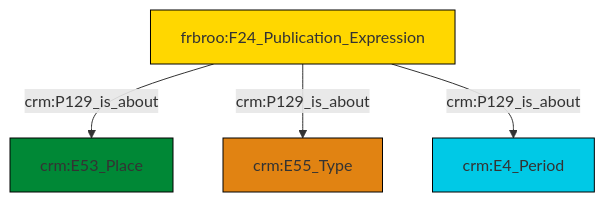
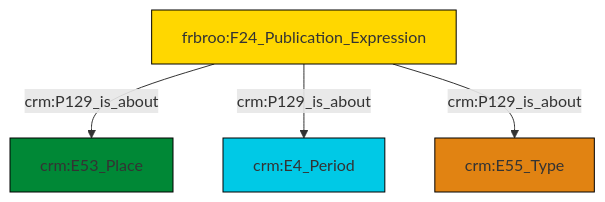
The diagram in et/biblioCSV/ttl/mmd/biblio_aboutness.ttl.mmd (swiss-art-research-net/docs.swissartresearch), drawn with Mermaid before and after one commit. The commit also changed 177 other files, not shown here.

```diff
--- a/et/biblioCSV/ttl/mmd/biblio_aboutness.ttl.mmd
+++ b/et/biblioCSV/ttl/mmd/biblio_aboutness.ttl.mmd
@@ -1,18 +1,18 @@
 graph TD
 classDef Literal fill:#f2f2f2,stroke:#000000;
 classDef CRM_Entity fill:#FFFFFF,stroke:#000000;
 classDef Temporal_Entity fill:#00C9E6, stroke:#000000;
 classDef Type fill:#E18312, stroke:#000000;
 classDef Time-Span fill:#2C9C91, stroke:#000000;
 classDef Appellation fill:#FFEB7F, stroke:#000000;
 classDef Place fill:#008836, stroke:#000000;
 classDef Persistent_Item fill:#B266B2, stroke:#000000;
 classDef Conceptual_Object fill:#FFD700, stroke:#000000;
 classDef Physical_Thing fill:#D2B48C, stroke:#000000;
 classDef Actor fill:#f58aad, stroke:#000000;
 classDef PC_Classes fill:#4ce600, stroke:#000000;
 classDef Multi fill:#cccccc,stroke:#000000;
 
-0["frbroo:F24_Publication_Expression"]:::Conceptual_Object -->|crm:P129_is_about| 1["crm:E53_Place"]:::Place
-0["frbroo:F24_Publication_Expression"]:::Conceptual_Object -->|crm:P129_is_about| 4["crm:E55_Type"]:::Type
-0["frbroo:F24_Publication_Expression"]:::Conceptual_Object -->|crm:P129_is_about| 2["crm:E4_Period"]:::Temporal_Entity
+4["frbroo:F24_Publication_Expression"]:::Conceptual_Object -->|crm:P129_is_about| 5["crm:E53_Place"]:::Place
+4["frbroo:F24_Publication_Expression"]:::Conceptual_Object -->|crm:P129_is_about| 0["crm:E4_Period"]:::Temporal_Entity
+4["frbroo:F24_Publication_Expression"]:::Conceptual_Object -->|crm:P129_is_about| 2["crm:E55_Type"]:::Type
```
